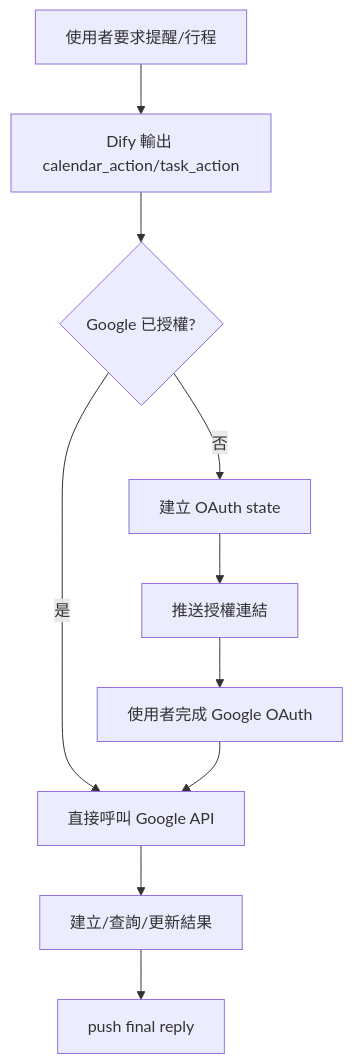
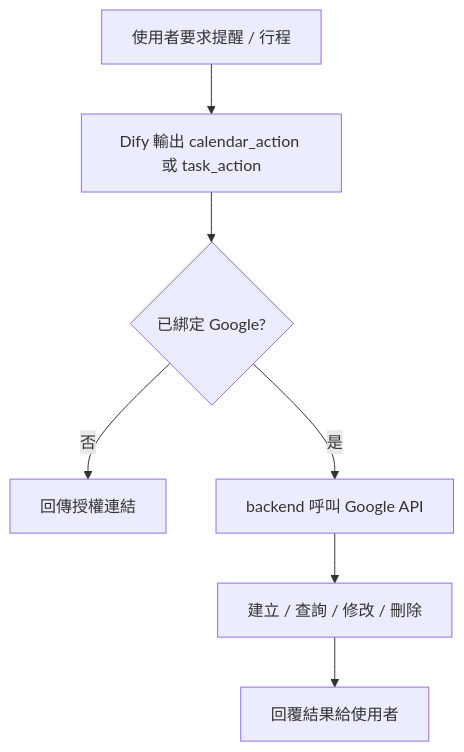
The fifth of 5 diagrams in lineagent/README.md (tyler19991101/agent), drawn with Mermaid before and after one commit. The commit also changed other lines of this file, not shown here.

````diff
--- a/lineagent/README.md
+++ b/lineagent/README.md
@@ -283,12 +199,9 @@
 ```mermaid
 flowchart TD
-    A["使用者要求提醒/行程"] --> B["Dify 輸出 calendar_action/task_action"]
-    B --> C{"Google 已授權?"}
-    C -- 否 --> D["建立 OAuth state"]
-    D --> E["推送授權連結"]
-    C -- 是 --> F["直接呼叫 Google API"]
-    E --> G["使用者完成 Google OAuth"]
-    G --> F
-    F --> H["建立/查詢/更新結果"]
-    H --> I["push final reply"]
+    A["使用者要求提醒 / 行程"] --> B["Dify 輸出 calendar_action 或 task_action"]
+    B --> C{"已綁定 Google?"}
+    C -- 否 --> D["回傳授權連結"]
+    C -- 是 --> E["backend 呼叫 Google API"]
+    E --> F["建立 / 查詢 / 修改 / 刪除"]
+    F --> G["回覆結果給使用者"]
 ```
````
